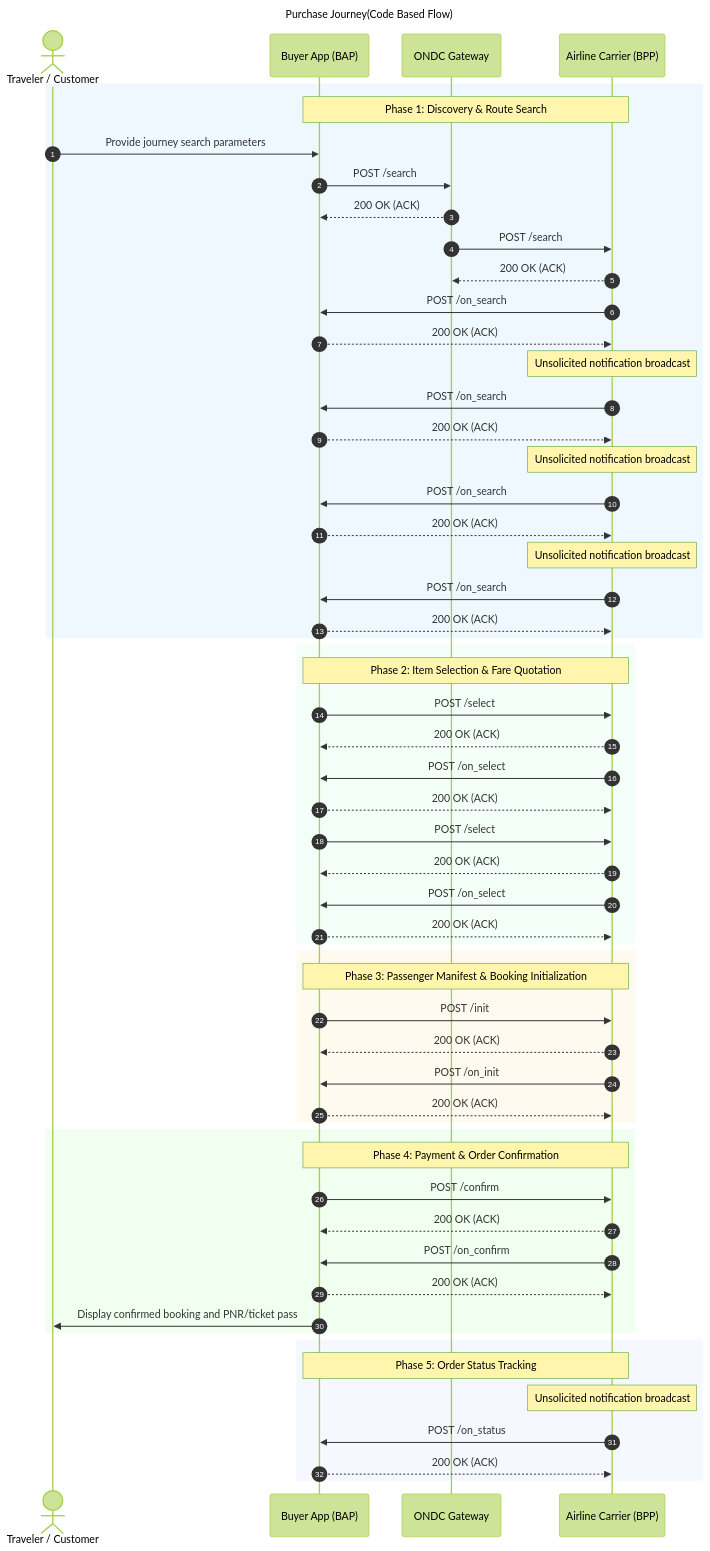
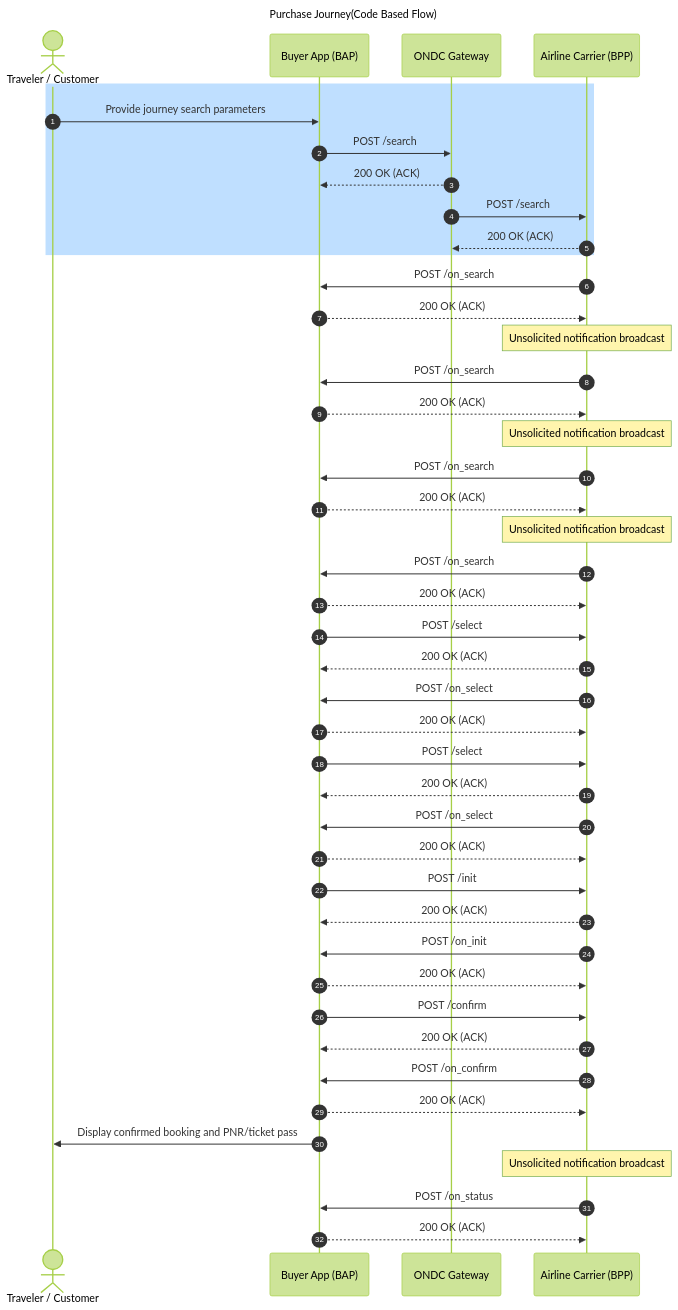
Before and after one commit to ONDC-Official/automation-specifications: the first of 14 diagrams in config/docs/purchase-journey-code-based-flow-sequence-diagrams.md, drawn with Mermaid (forest theme). The commit also changed other lines of this file and 23 other files, not shown here.

````diff
--- a/config/docs/purchase-journey-code-based-flow-sequence-diagrams.md
+++ b/config/docs/purchase-journey-code-based-flow-sequence-diagrams.md
@@ -1,65 +13,48 @@
 ```mermaid
 sequenceDiagram
     title Purchase Journey(Code Based Flow)
     autonumber
     actor User as Traveler / Customer
     participant BAP as Buyer App (BAP)
     participant BG as ONDC Gateway
     participant BPP as Airline Carrier (BPP)
 
-    rect rgb(240, 248, 255)
-    Note over BAP,BPP: Phase 1: Discovery & Route Search
+    rect rgb(191, 223, 255)
     User->>BAP: Provide journey search parameters
     BAP->>BG: POST /search
     BG-->>BAP: 200 OK (ACK)
     BG->>BPP: POST /search
     BPP-->>BG: 200 OK (ACK)
+    end
     BPP->>BAP: POST /on_search
     BAP-->>BPP: 200 OK (ACK)
     Note over BPP: Unsolicited notification broadcast
     BPP->>BAP: POST /on_search
     BAP-->>BPP: 200 OK (ACK)
     Note over BPP: Unsolicited notification broadcast
     BPP->>BAP: POST /on_search
     BAP-->>BPP: 200 OK (ACK)
     Note over BPP: Unsolicited notification broadcast
     BPP->>BAP: POST /on_search
     BAP-->>BPP: 200 OK (ACK)
-    end
-
-    rect rgb(245, 255, 250)
-    Note over BAP,BPP: Phase 2: Item Selection & Fare Quotation
     BAP->>BPP: POST /select
     BPP-->>BAP: 200 OK (ACK)
     BPP->>BAP: POST /on_select
     BAP-->>BPP: 200 OK (ACK)
     BAP->>BPP: POST /select
     BPP-->>BAP: 200 OK (ACK)
     BPP->>BAP: POST /on_select
     BAP-->>BPP: 200 OK (ACK)
-    end
-
-    rect rgb(255, 250, 240)
-    Note over BAP,BPP: Phase 3: Passenger Manifest & Booking Initialization
     BAP->>BPP: POST /init
     BPP-->>BAP: 200 OK (ACK)
     BPP->>BAP: POST /on_init
     BAP-->>BPP: 200 OK (ACK)
-    end
-
-    rect rgb(240, 255, 240)
-    Note over BAP,BPP: Phase 4: Payment & Order Confirmation
     BAP->>BPP: POST /confirm
     BPP-->>BAP: 200 OK (ACK)
     BPP->>BAP: POST /on_confirm
     BAP-->>BPP: 200 OK (ACK)
     BAP->>User: Display confirmed booking and PNR/ticket pass
-    end
-
-    rect rgb(245, 248, 255)
-    Note over BAP,BPP: Phase 5: Order Status Tracking
     Note over BPP: Unsolicited notification broadcast
     BPP->>BAP: POST /on_status
     BAP-->>BPP: 200 OK (ACK)
-    end
 ```
````
